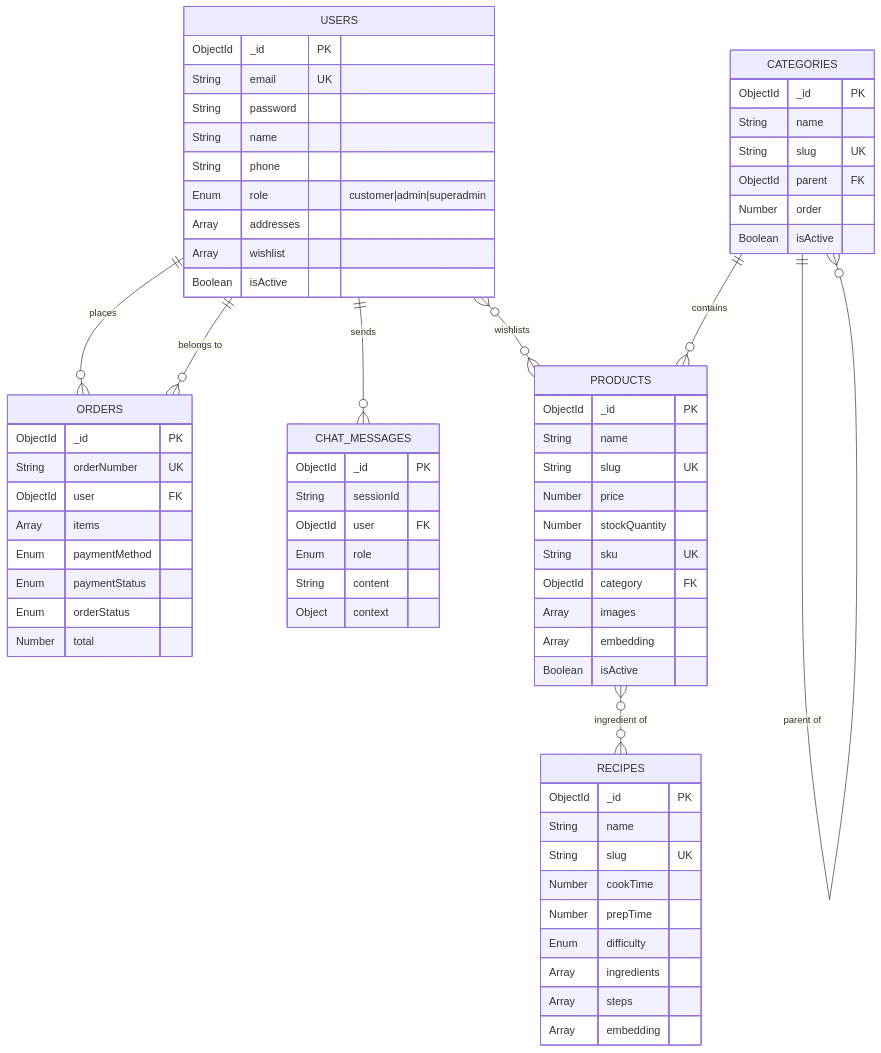
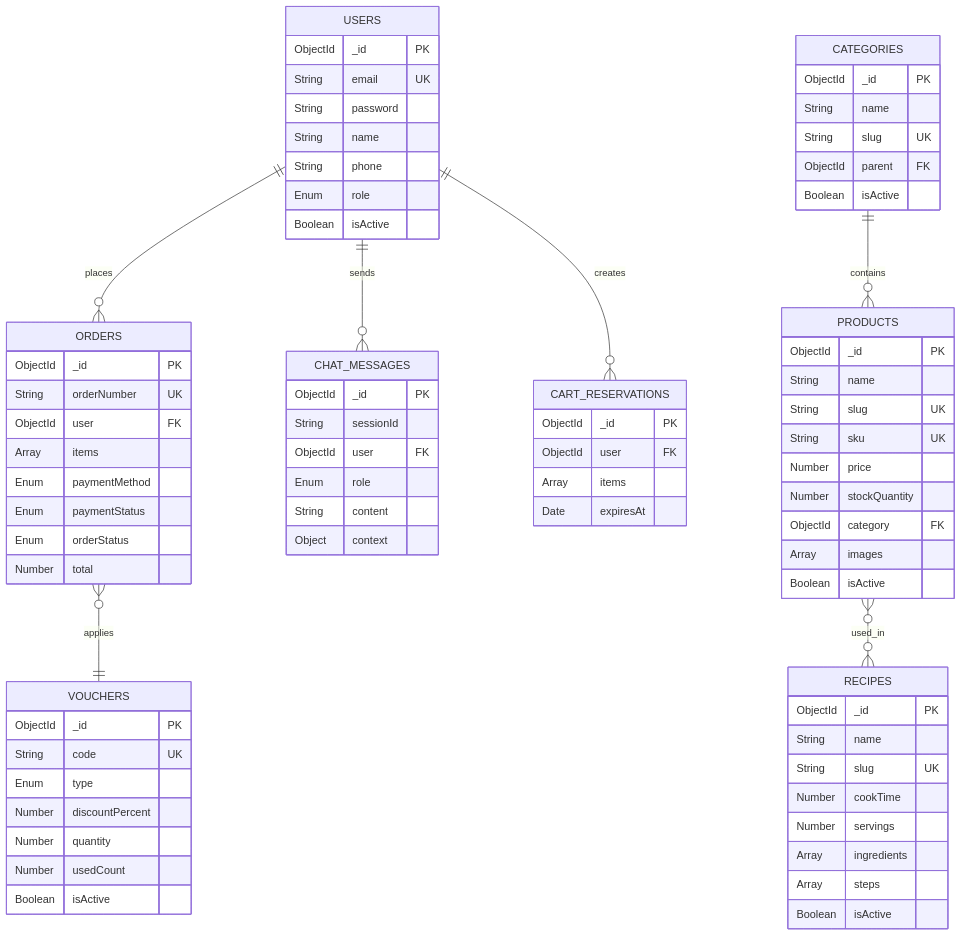
The second of 3 diagrams in README.md (AbyssT34/TTDN_Ecommerce_Market_Shop), drawn with Mermaid before and after one commit. The commit also changed other lines of this file, not shown here.

````diff
--- a/README.md
+++ b/README.md
@@ -144,14 +157,11 @@
 erDiagram
     USERS ||--o{ ORDERS : places
     USERS ||--o{ CHAT_MESSAGES : sends
-    USERS }o--o{ PRODUCTS : wishlists
+    USERS ||--o{ CART_RESERVATIONS : creates
 
     CATEGORIES ||--o{ PRODUCTS : contains
-    CATEGORIES ||--o{ CATEGORIES : "parent of"
-
-    PRODUCTS }o--o{ RECIPES : "ingredient of"
-
-    ORDERS }o--|| USERS : "belongs to"
+    PRODUCTS }o--o{ RECIPES : used_in
+    ORDERS }o--|| VOUCHERS : applies
 
     USERS {
         ObjectId _id PK
@@ -159,9 +169,7 @@
         String password
         String name
         String phone
-        Enum role "customer|admin|superadmin"
-        Array addresses
-        Array wishlist
+        Enum role
         Boolean isActive
     }
 
@@ -170,7 +178,6 @@
         String name
         String slug UK
         ObjectId parent FK
-        Number order
         Boolean isActive
     }
 
@@ -178,12 +185,11 @@
         ObjectId _id PK
         String name
         String slug UK
+        String sku UK
         Number price
         Number stockQuantity
-        String sku UK
         ObjectId category FK
         Array images
-        Array embedding
         Boolean isActive
     }
 
@@ -192,11 +198,10 @@
         String name
         String slug UK
         Number cookTime
-        Number prepTime
-        Enum difficulty
+        Number servings
         Array ingredients
         Array steps
-        Array embedding
+        Boolean isActive
     }
 
     ORDERS {
@@ -210,6 +215,16 @@
         Number total
     }
 
+    VOUCHERS {
+        ObjectId _id PK
+        String code UK
+        Enum type
+        Number discountPercent
+        Number quantity
+        Number usedCount
+        Boolean isActive
+    }
+
     CHAT_MESSAGES {
         ObjectId _id PK
         String sessionId
@@ -218,4 +233,11 @@
         String content
         Object context
     }
+
+    CART_RESERVATIONS {
+        ObjectId _id PK
+        ObjectId user FK
+        Array items
+        Date expiresAt
+    }
 ```
````
